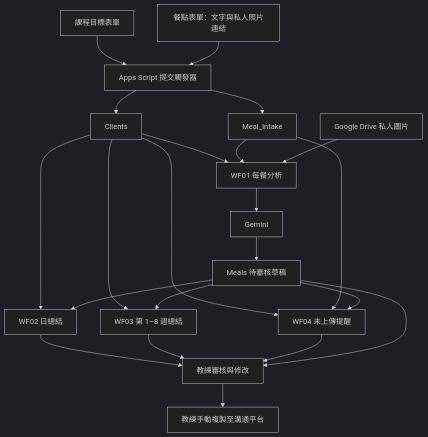
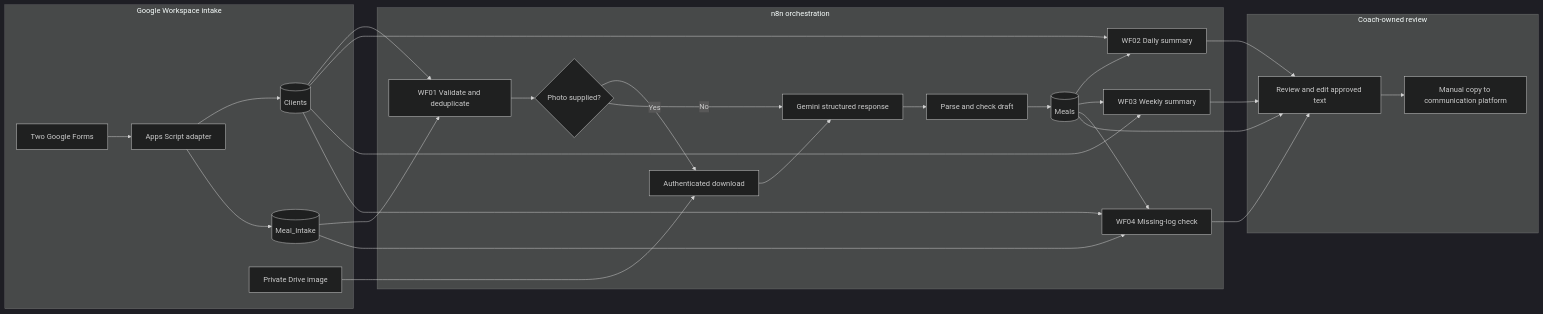
The diagram in README.md (jellooooo124/nutrition-coach-n8n), drawn with Mermaid (dark theme) before and after one commit. The commit also changed other lines of this file and 3 other files, not shown here.

````diff
--- a/README.md
+++ b/README.md
@@ -21,24 +47,34 @@
 ```mermaid
-flowchart TD
-  A[課程目標表單] --> S[Apps Script 提交觸發器]
-  B[餐點表單：文字與私人照片連結] --> S
-  S --> C[Clients]
-  S --> I[Meal_Intake]
-  C --> W1[WF01 每餐分析]
-  I --> W1
-  D[Google Drive 私人圖片] --> W1
-  W1 --> G[Gemini]
-  G --> M[Meals 待審核草稿]
-  C --> W2[WF02 日總結]
-  M --> W2
-  C --> W3[WF03 第 1–8 週總結]
-  M --> W3
-  C --> W4[WF04 未上傳提醒]
-  I --> W4
-  M --> W4
-  W2 --> R[教練審核與修改]
-  W3 --> R
-  W4 --> R
-  M --> R
-  R --> H[教練手動複製至溝通平台]
+flowchart LR
+    subgraph Intake[Google Workspace intake]
+      F[Two Google Forms] --> A[Apps Script adapter]
+      A --> C[(Clients)]
+      A --> I[(Meal_Intake)]
+      D[Private Drive image]
+    end
+    subgraph Orchestration[n8n orchestration]
+      I --> W1[WF01 Validate and deduplicate]
+      C --> W1
+      W1 --> P{Photo supplied?}
+      P -->|Yes| H[Authenticated download]
+      D --> H
+      H --> G[Gemini structured response]
+      P -->|No| G
+      G --> O[Parse and check draft]
+      O --> M[(Meals)]
+      M --> W2[WF02 Daily summary]
+      M --> W3[WF03 Weekly summary]
+      C --> W2
+      C --> W3
+      C --> W4[WF04 Missing-log check]
+      I --> W4
+      M --> W4
+    end
+    subgraph Review[Coach-owned review]
+      M --> R[Review and edit approved text]
+      W2 --> R
+      W3 --> R
+      W4 --> R
+      R --> S[Manual copy to communication platform]
+    end
 ```
````
